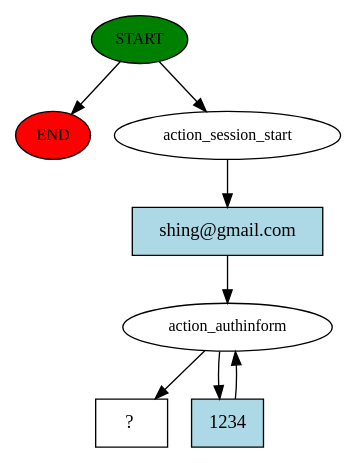
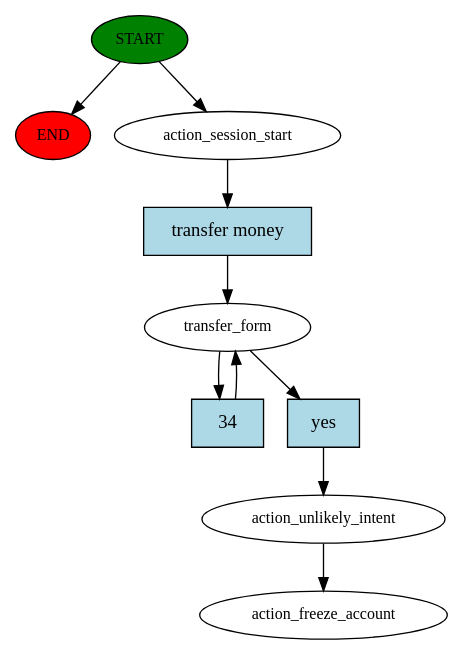
The diagram in rasa/story_graph.dot (Atharv157/RasaDjangoChatbot), drawn with Graphviz before and after one commit. The commit also changed 9 other files, not shown here.

Commit message:
created transfer form

```diff
--- a/rasa/story_graph.dot
+++ b/rasa/story_graph.dot
@@ -1,16 +1,20 @@
 digraph  {
 0 [class="start active", fillcolor=green, fontsize=12, label=START, style=filled];
 "-1" [class=end, fillcolor=red, fontsize=12, label=END, style=filled];
 1 [class=active, fontsize=12, label=action_session_start];
-2 [class=active, fontsize=12, label=action_authinform];
-4 [class="intent dashed active", label="  ?  ", shape=rect];
-5 [class="intent active", fillcolor=lightblue, label="shing@gmail.com", shape=rect, style=filled];
-6 [class="intent active", fillcolor=lightblue, label=1234, shape=rect, style=filled];
+2 [class=active, fontsize=12, label=transfer_form];
+8 [class=active, fontsize=12, label=action_unlikely_intent];
+9 [class="dashed active", fontsize=12, label=action_freeze_account];
+10 [class="intent active", fillcolor=lightblue, label="transfer money", shape=rect, style=filled];
+11 [class="intent active", fillcolor=lightblue, label=34, shape=rect, style=filled];
+12 [class="intent active", fillcolor=lightblue, label=yes, shape=rect, style=filled];
 0 -> "-1"  [class="", key=NONE, label=""];
 0 -> 1  [class=active, key=NONE, label=""];
-1 -> 5  [class=active, key=0];
-2 -> 4  [class=active, key=NONE, label=""];
-2 -> 6  [class=active, key=0];
-5 -> 2  [class=active, key=0];
-6 -> 2  [class=active, key=0];
+1 -> 10  [class=active, key=0];
+2 -> 11  [class=active, key=0];
+2 -> 12  [class=active, key=0];
+8 -> 9  [class=active, key=NONE, label=""];
+10 -> 2  [class=active, key=0];
+11 -> 2  [class=active, key=0];
+12 -> 8  [class=active, key=0];
 }
```
